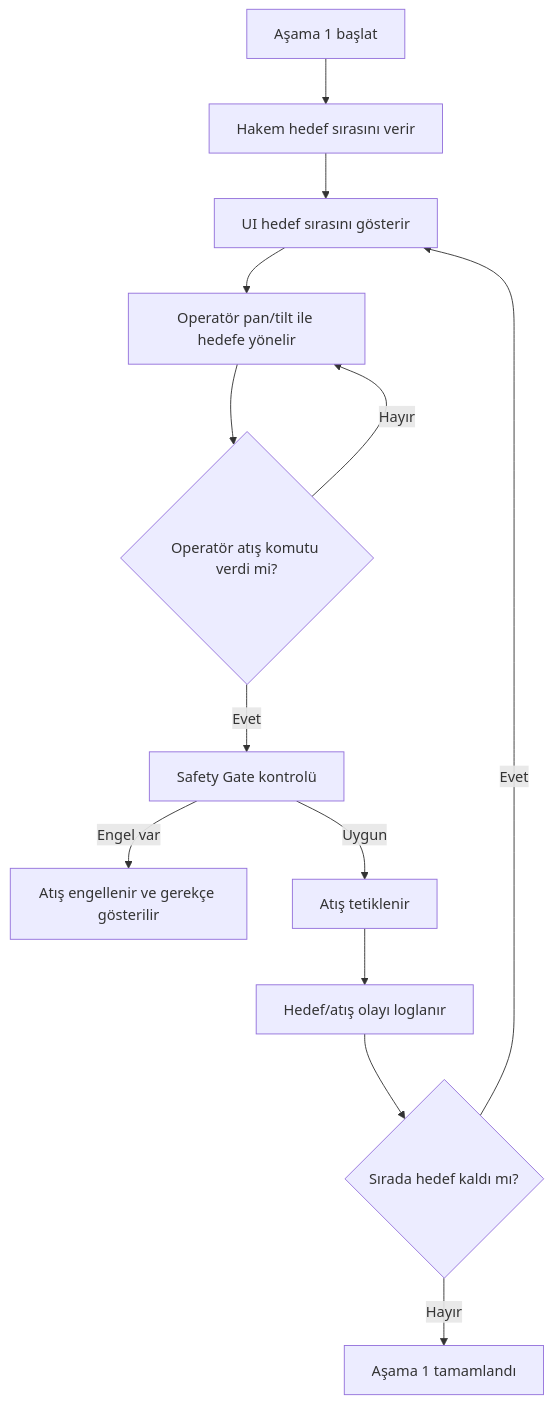
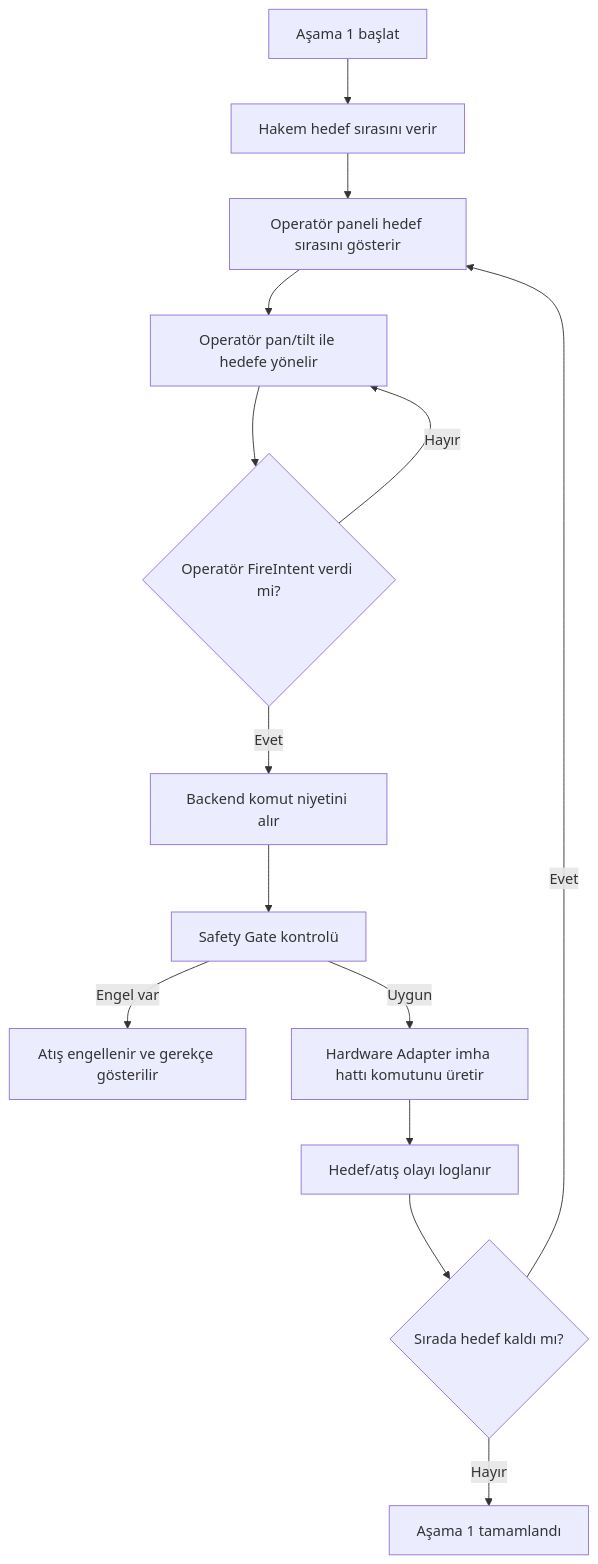
Before and after one commit to AlperKartkaya/gokkalkan: the sixth of 11 diagrams in reports/diyagramlar/mermaid_kodu/ktr_mermaid_diagrams.md, drawn with Mermaid. The commit also changed other lines of this file and 8 other files, not shown here.

Commit message:
docs: add operator panel interface roadmap and update tech stack documentation

````diff
--- a/reports/diyagramlar/mermaid_kodu/ktr_mermaid_diagrams.md
+++ b/reports/diyagramlar/mermaid_kodu/ktr_mermaid_diagrams.md
@@ -99,15 +112,16 @@
 ```mermaid
 flowchart TD
     Start["Aşama 1 başlat"] --> Order["Hakem hedef sırasını verir"]
-    Order --> UI["UI hedef sırasını gösterir"]
+    Order --> UI["Operatör paneli hedef sırasını gösterir"]
     UI --> Aim["Operatör pan/tilt ile hedefe yönelir"]
-    Aim --> Confirm{"Operatör atış komutu verdi mi?"}
+    Aim --> Confirm{"Operatör FireIntent verdi mi?"}
     Confirm -->|Hayır| Aim
-    Confirm -->|Evet| Safety["Safety Gate kontrolü"]
+    Confirm -->|Evet| Backend["Backend komut niyetini alır"]
+    Backend --> Safety["Safety Gate kontrolü"]
     Safety -->|Engel var| Block["Atış engellenir ve gerekçe gösterilir"]
-    Safety -->|Uygun| Fire["Atış tetiklenir"]
+    Safety -->|Uygun| Fire["Hardware Adapter imha hattı komutunu üretir"]
     Fire --> Log["Hedef/atış olayı loglanır"]
     Log --> Next{"Sırada hedef kaldı mı?"}
     Next -->|Evet| UI
     Next -->|Hayır| Done["Aşama 1 tamamlandı"]
 ```
````
